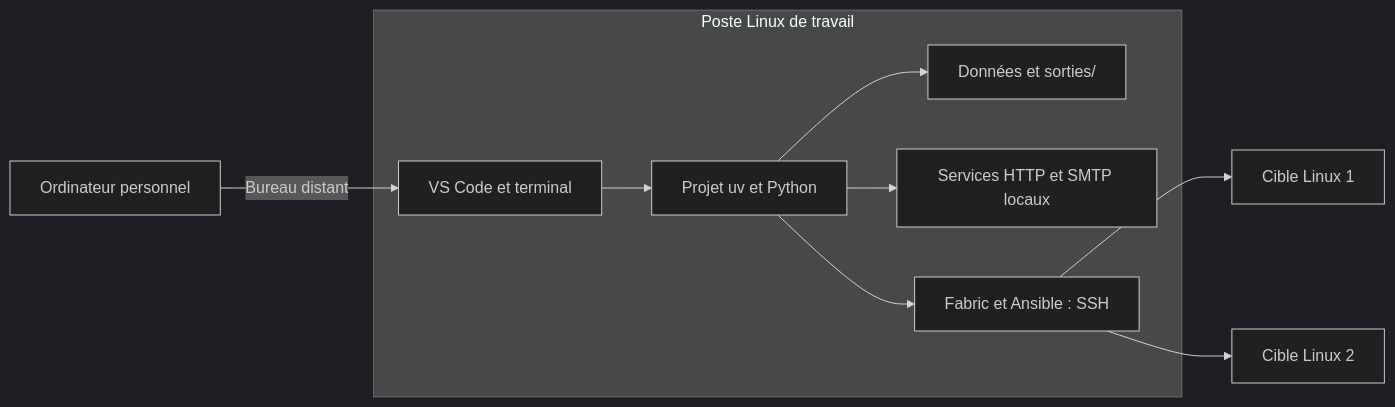
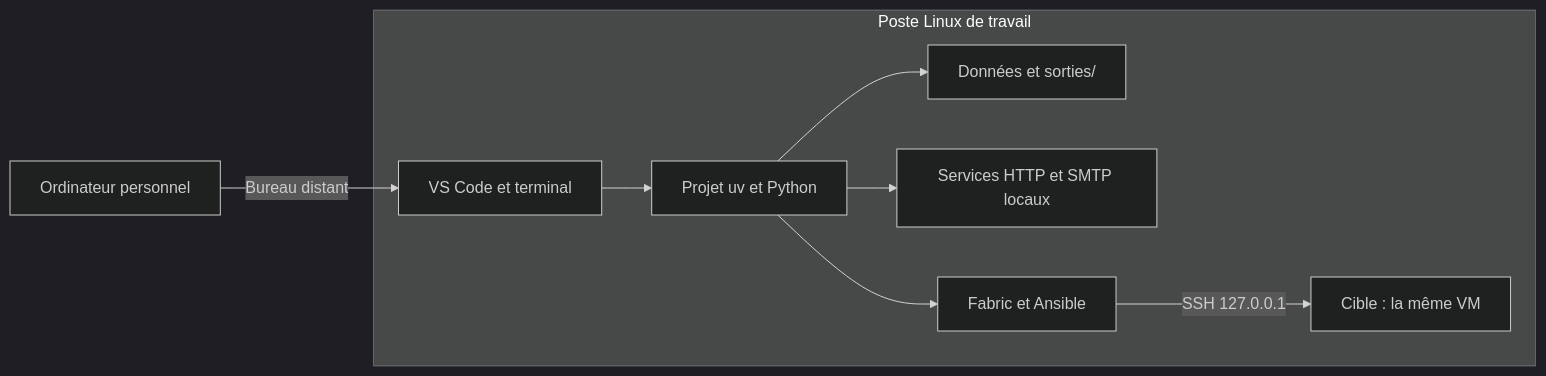
One commit to lapeyrade/formation-python changed the diagram in docs/installation.md. Above: the diagram before and after it, drawn with Mermaid (dark theme). The commit also changed other lines of this file and 20 other files, not shown here.

````diff
--- a/docs/installation.md
+++ b/docs/installation.md
@@ -7,14 +7,13 @@
 ```mermaid
 flowchart LR
   accTitle: Où le projet s’exécute dans le poste distant
-  accDescr: L’ordinateur personnel affiche le bureau distant. Le poste Linux contient l’éditeur, le terminal, le projet uv, les données et les sorties. Fabric et Ansible y accèdent aux deux cibles SSH du dernier atelier.
+  accDescr: L’ordinateur personnel affiche le bureau distant. Le poste Linux contient l’éditeur, le terminal, le projet uv, les données et les sorties. Fabric et Ansible y accèdent au serveur SSH de cette même VM.
   PC["Ordinateur personnel"] -->|Bureau distant| T
   subgraph POSTE["Poste Linux de travail"]
     T["VS Code et terminal"] --> P["Projet uv et Python"]
     P --> O["Données et sorties/"]
     P --> L["Services HTTP et SMTP locaux"]
-    P --> F["Fabric et Ansible : SSH"]
+    P --> F["Fabric et Ansible"]
+    F -->|SSH 127.0.0.1| C["Cible : la même VM"]
   end
-  F --> C1["Cible Linux 1"]
-  F --> C2["Cible Linux 2"]
 ```
````
